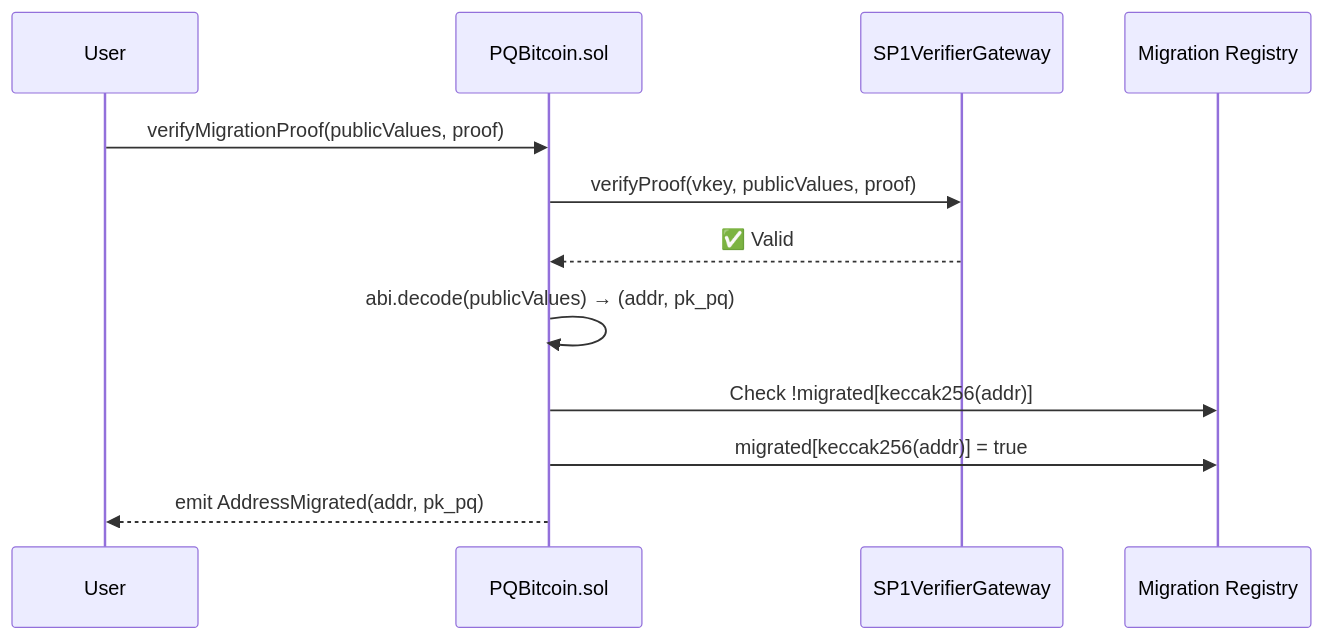
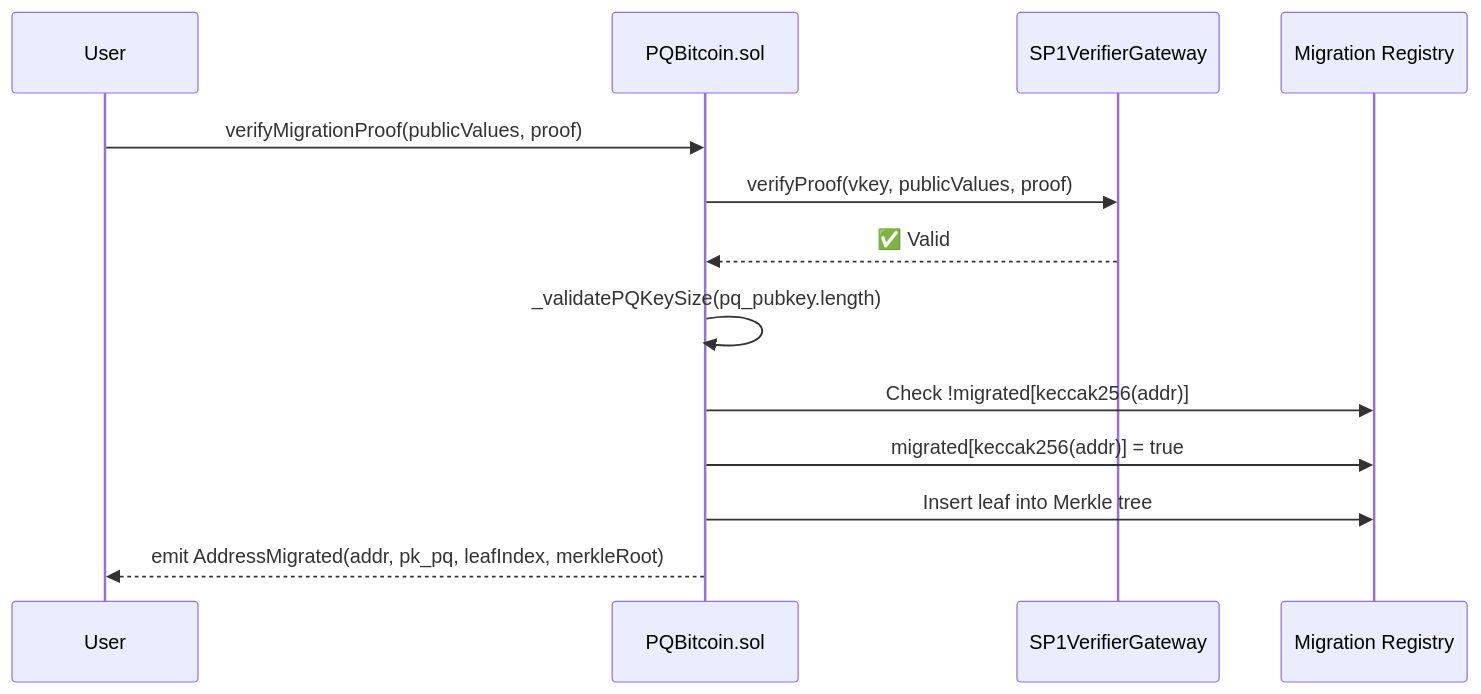
One commit to skardas/pq_bitcoin changed the seventh of 9 diagrams in README.md. Above: the diagram before and after it, drawn with Mermaid. The commit also changed other lines of this file, not shown here.

````diff
--- a/README.md
+++ b/README.md
@@ -669,15 +672,16 @@
 ```mermaid
 sequenceDiagram
     participant User
     participant PQBitcoin as PQBitcoin.sol
     participant Gateway as SP1VerifierGateway
     participant Registry as Migration Registry
 
     User->>PQBitcoin: verifyMigrationProof(publicValues, proof)
     PQBitcoin->>Gateway: verifyProof(vkey, publicValues, proof)
     Gateway-->>PQBitcoin: ✅ Valid
-    PQBitcoin->>PQBitcoin: abi.decode(publicValues) → (addr, pk_pq)
+    PQBitcoin->>PQBitcoin: _validatePQKeySize(pq_pubkey.length)
     PQBitcoin->>Registry: Check !migrated[keccak256(addr)]
     PQBitcoin->>Registry: migrated[keccak256(addr)] = true
-    PQBitcoin-->>User: emit AddressMigrated(addr, pk_pq)
+    PQBitcoin->>Registry: Insert leaf into Merkle tree
+    PQBitcoin-->>User: emit AddressMigrated(addr, pk_pq, leafIndex, merkleRoot)
 ```
````
